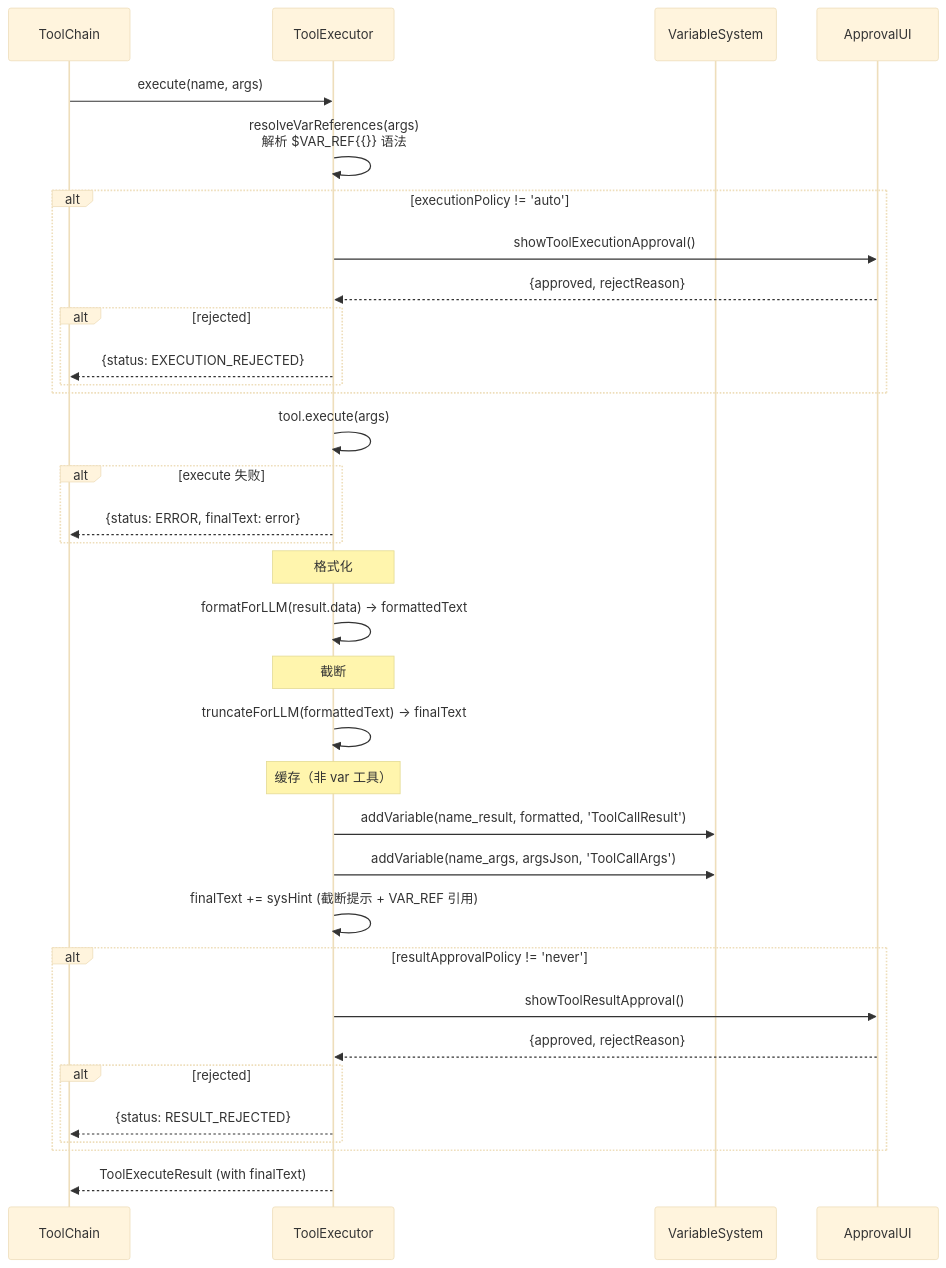
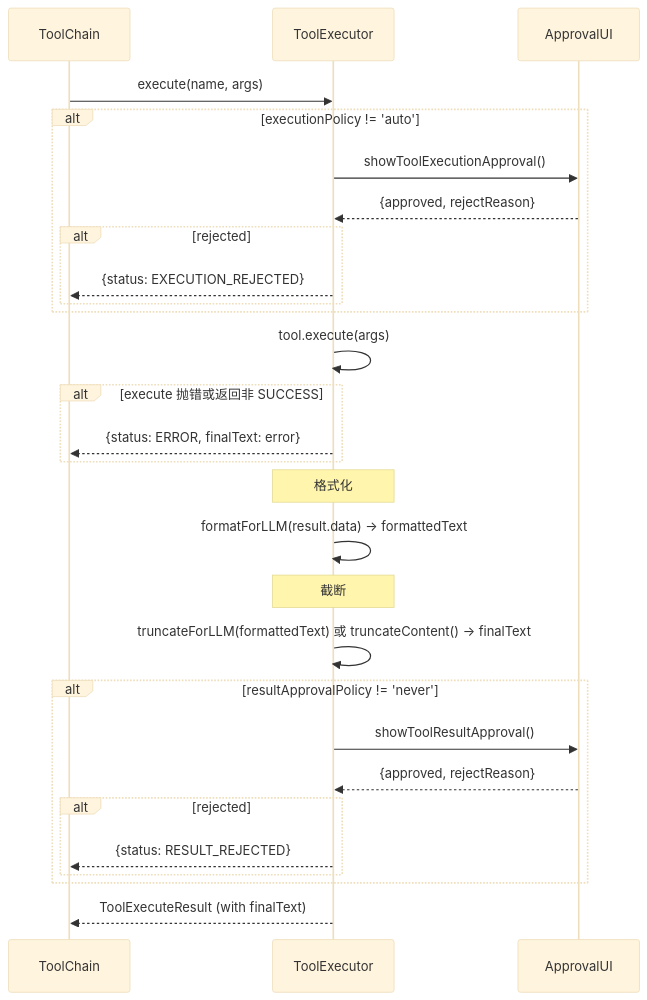
One commit to frostime/sy-f-misc changed the diagram in .dev/docs/tool-call/executor.md. Above: the diagram before and after it, drawn with Mermaid (base theme). The commit also changed other lines of this file and 62 other files, not shown here.

````diff
--- a/.dev/docs/tool-call/executor.md
+++ b/.dev/docs/tool-call/executor.md
@@ -149,37 +148,31 @@
 ```mermaid
 sequenceDiagram
     participant Chain as ToolChain
     participant Exec as ToolExecutor
-    participant VarSys as VariableSystem
     participant ApprovalUI
 
     Chain->>Exec: execute(name, args)
-    Exec->>Exec: resolveVarReferences(args)<br>解析 $VAR_REF{{}} 语法
     alt executionPolicy != 'auto'
         Exec->>ApprovalUI: showToolExecutionApproval()
         ApprovalUI-->>Exec: {approved, rejectReason}
         alt rejected
             Exec-->>Chain: {status: EXECUTION_REJECTED}
         end
     end
     Exec->>Exec: tool.execute(args)
-    alt execute 失败
+    alt execute 抛错或返回非 SUCCESS
         Exec-->>Chain: {status: ERROR, finalText: error}
     end
     Note over Exec: 格式化
     Exec->>Exec: formatForLLM(result.data) → formattedText
     Note over Exec: 截断
-    Exec->>Exec: truncateForLLM(formattedText) → finalText
-    Note over Exec: 缓存（非 var 工具）
-    Exec->>VarSys: addVariable(name_result, formatted, 'ToolCallResult')
-    Exec->>VarSys: addVariable(name_args, argsJson, 'ToolCallArgs')
-    Exec->>Exec: finalText += sysHint (截断提示 + VAR_REF 引用)
+    Exec->>Exec: truncateForLLM(formattedText) 或 truncateContent() → finalText
     alt resultApprovalPolicy != 'never'
         Exec->>ApprovalUI: showToolResultApproval()
         ApprovalUI-->>Exec: {approved, rejectReason}
         alt rejected
             Exec-->>Chain: {status: RESULT_REJECTED}
         end
     end
     Exec-->>Chain: ToolExecuteResult (with finalText)
 ```
````
